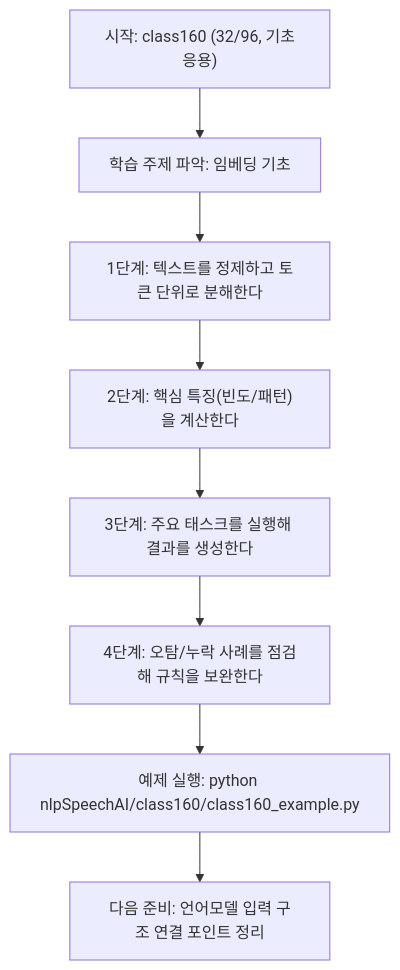
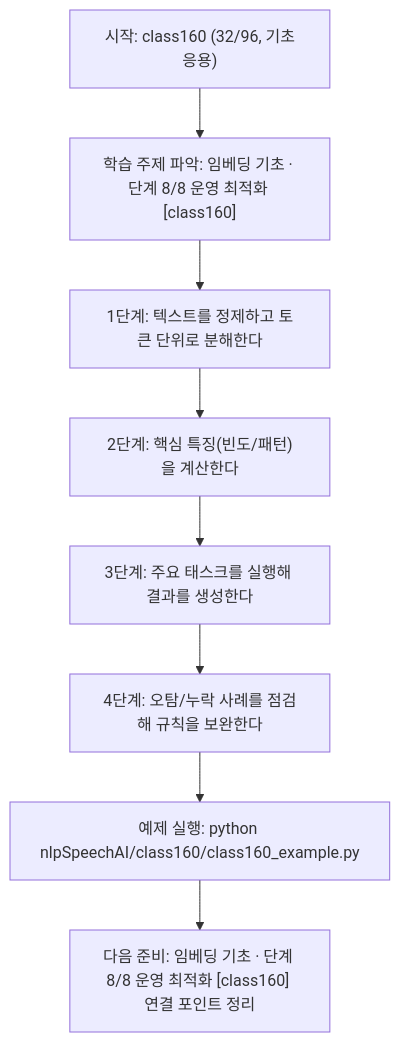
Before and after one commit to edumgt/Python-AI_Agent-Class: the diagram in nlpSpeechAI/class160/class160.md, drawn with Mermaid. The commit also changed other lines of this file and 522 other files, not shown here.

````diff
--- a/nlpSpeechAI/class160/class160.md
+++ b/nlpSpeechAI/class160/class160.md
@@ -112,18 +113,18 @@
 ```mermaid
 flowchart TD
 N1["시작: class160 (32/96, 기초응용)"]
-N2["학습 주제 파악: 임베딩 기초"]
+N2["학습 주제 파악: 임베딩 기초 · 단계 8/8 운영 최적화 [class160]"]
 N3["1단계: 텍스트를 정제하고 토큰 단위로 분해한다"]
 N4["2단계: 핵심 특징(빈도/패턴)을 계산한다"]
 N5["3단계: 주요 태스크를 실행해 결과를 생성한다"]
 N6["4단계: 오탐/누락 사례를 점검해 규칙을 보완한다"]
 N7["예제 실행: python nlpSpeechAI/class160/class160_example.py"]
-N8["다음 준비: 언어모델 입력 구조 연결 포인트 정리"]
+N8["다음 준비: 임베딩 기초 · 단계 8/8 운영 최적화 [class160] 연결 포인트 정리"]
 N1 --> N2
 N2 --> N3
 N3 --> N4
 N4 --> N5
 N5 --> N6
 N6 --> N7
 N7 --> N8
 ```
````
